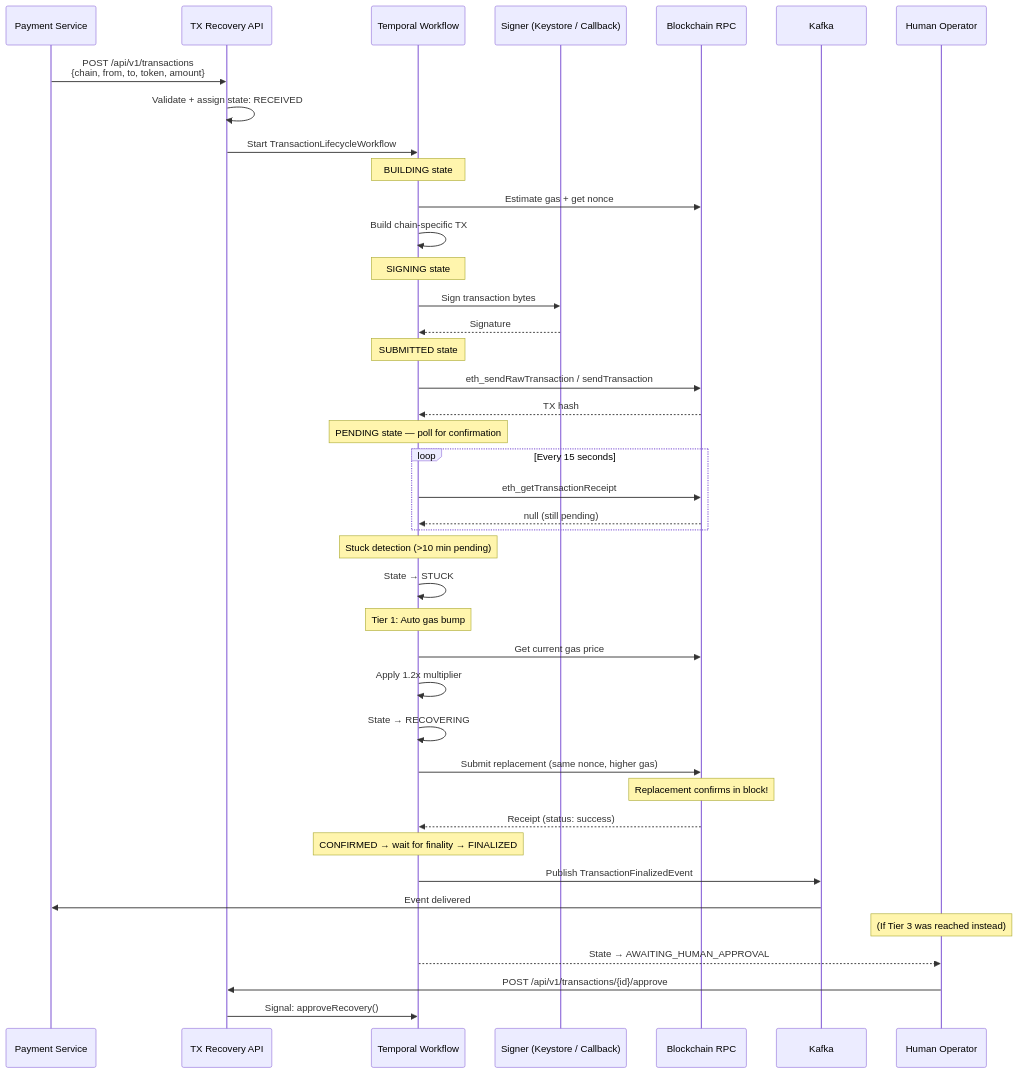
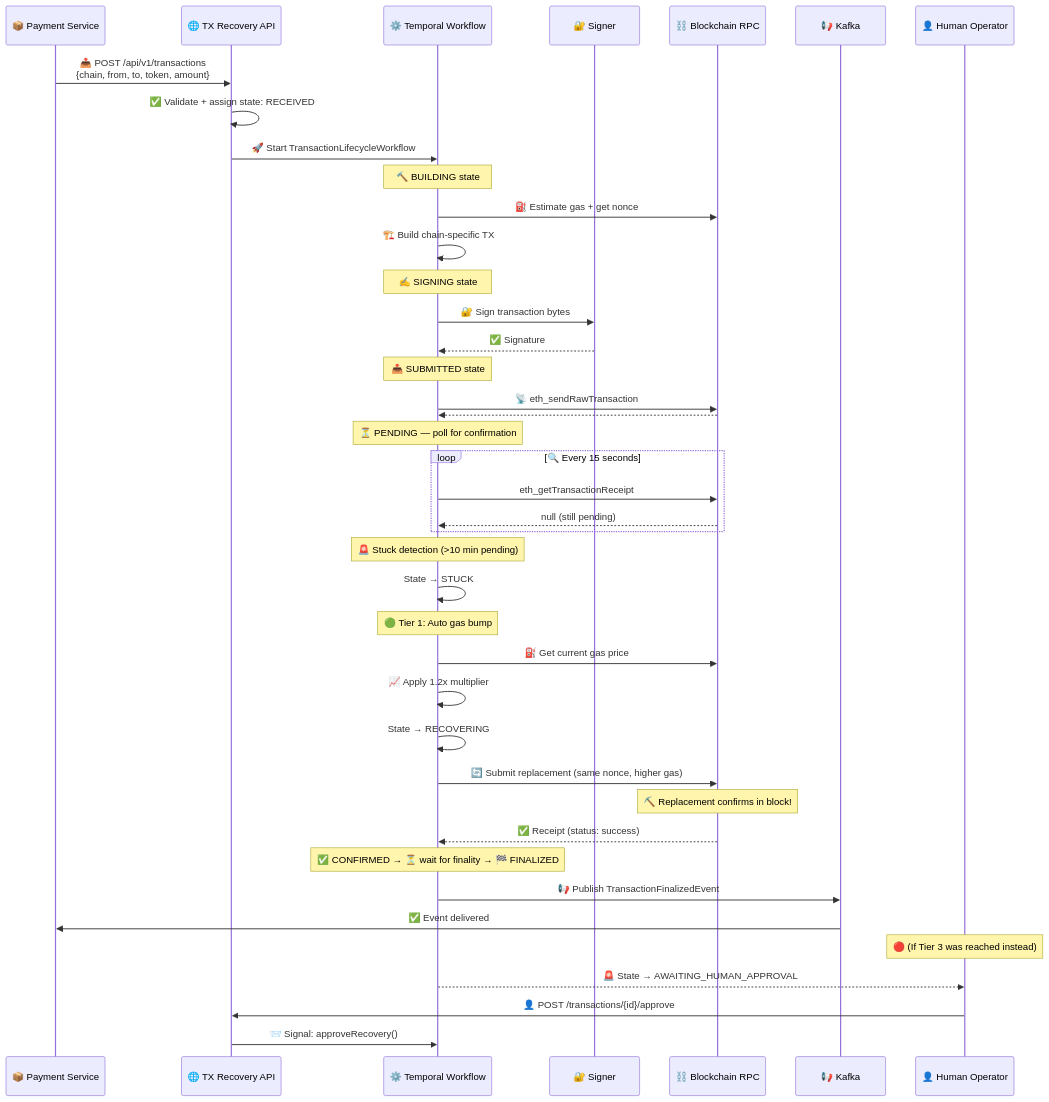
One commit to Puneethkumarck/stablebridge-tx-recovery changed the ninth of 9 diagrams in README.md. Above: the diagram before and after it, drawn with Mermaid. The commit also changed other lines of this file, not shown here.

First line of the commit message:
STR-103: apply visual storytelling across all theoretical README sections

````diff
--- a/README.md
+++ b/README.md
@@ -498,53 +728,53 @@
 ```mermaid
 sequenceDiagram
-    participant Client as Payment Service
-    participant API as TX Recovery API
-    participant Temporal as Temporal Workflow
-    participant Signer as Signer (Keystore / Callback)
-    participant Chain as Blockchain RPC
-    participant Kafka as Kafka
-    participant Operator as Human Operator
+    participant Client as 📦 Payment Service
+    participant API as 🌐 TX Recovery API
+    participant Temporal as ⚙️ Temporal Workflow
+    participant Signer as 🔐 Signer
+    participant Chain as ⛓️ Blockchain RPC
+    participant Kafka as 📢 Kafka
+    participant Operator as 👤 Human Operator
 
-    Client->>API: POST /api/v1/transactions<br/>{chain, from, to, token, amount}
-    API->>API: Validate + assign state: RECEIVED
-    API->>Temporal: Start TransactionLifecycleWorkflow
+    Client->>API: 📤 POST /api/v1/transactions<br/>{chain, from, to, token, amount}
+    API->>API: ✅ Validate + assign state: RECEIVED
+    API->>Temporal: 🚀 Start TransactionLifecycleWorkflow
 
-    Note over Temporal: BUILDING state
-    Temporal->>Chain: Estimate gas + get nonce
-    Temporal->>Temporal: Build chain-specific TX
+    Note over Temporal: 🔨 BUILDING state
+    Temporal->>Chain: ⛽ Estimate gas + get nonce
+    Temporal->>Temporal: 🏗️ Build chain-specific TX
 
-    Note over Temporal: SIGNING state
-    Temporal->>Signer: Sign transaction bytes
-    Signer-->>Temporal: Signature
+    Note over Temporal: ✍️ SIGNING state
+    Temporal->>Signer: 🔐 Sign transaction bytes
+    Signer-->>Temporal: ✅ Signature
 
-    Note over Temporal: SUBMITTED state
-    Temporal->>Chain: eth_sendRawTransaction / sendTransaction
-    Chain-->>Temporal: TX hash
+    Note over Temporal: 📤 SUBMITTED state
+    Temporal->>Chain: 📡 eth_sendRawTransaction
+    Chain-->>Temporal: #️⃣ TX hash
 
-    Note over Temporal: PENDING state — poll for confirmation
-    loop Every 15 seconds
+    Note over Temporal: ⏳ PENDING — poll for confirmation
+    loop 🔍 Every 15 seconds
         Temporal->>Chain: eth_getTransactionReceipt
         Chain-->>Temporal: null (still pending)
     end
 
-    Note over Temporal: Stuck detection (>10 min pending)
+    Note over Temporal: 🚨 Stuck detection (>10 min pending)
     Temporal->>Temporal: State → STUCK
 
-    Note over Temporal: Tier 1: Auto gas bump
-    Temporal->>Chain: Get current gas price
-    Temporal->>Temporal: Apply 1.2x multiplier
+    Note over Temporal: 🟢 Tier 1: Auto gas bump
+    Temporal->>Chain: ⛽ Get current gas price
+    Temporal->>Temporal: 📈 Apply 1.2x multiplier
     Temporal->>Temporal: State → RECOVERING
-    Temporal->>Chain: Submit replacement (same nonce, higher gas)
+    Temporal->>Chain: 🔄 Submit replacement (same nonce, higher gas)
 
-    Note over Chain: Replacement confirms in block!
-    Chain-->>Temporal: Receipt (status: success)
+    Note over Chain: ⛏️ Replacement confirms in block!
+    Chain-->>Temporal: ✅ Receipt (status: success)
 
-    Note over Temporal: CONFIRMED → wait for finality → FINALIZED
-    Temporal->>Kafka: Publish TransactionFinalizedEvent
-    Kafka->>Client: Event delivered
+    Note over Temporal: ✅ CONFIRMED → ⏳ wait for finality → 🏁 FINALIZED
+    Temporal->>Kafka: 📢 Publish TransactionFinalizedEvent
+    Kafka->>Client: ✅ Event delivered
 
-    Note over Operator: (If Tier 3 was reached instead)
-    Temporal-->>Operator: State → AWAITING_HUMAN_APPROVAL
-    Operator->>API: POST /api/v1/transactions/{id}/approve
-    API->>Temporal: Signal: approveRecovery()
+    Note over Operator: 🔴 (If Tier 3 was reached instead)
+    Temporal-->>Operator: 🚨 State → AWAITING_HUMAN_APPROVAL
+    Operator->>API: 👤 POST /transactions/{id}/approve
+    API->>Temporal: 📨 Signal: approveRecovery()
 ```
````
